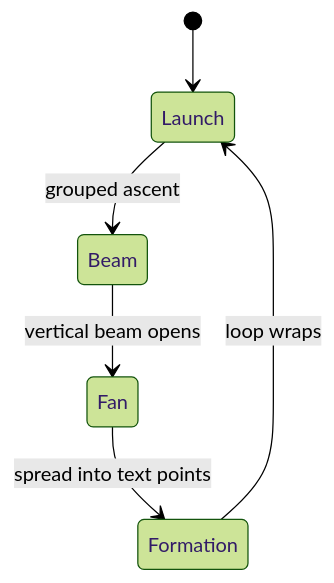
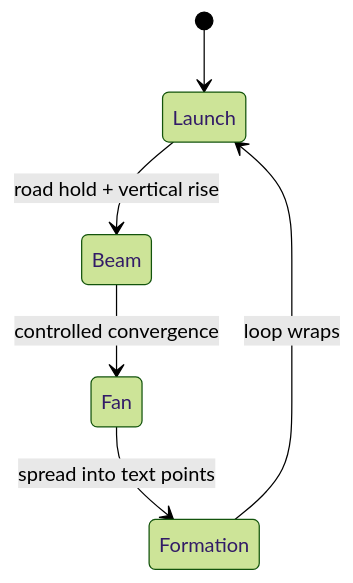
Before and after one commit to matthiasn/lotti: the third of 4 diagrams in lib/features/scenery/README.md, drawn with Mermaid (forest theme). The commit also changed other lines of this file and 2 other files, not shown here.

````diff
--- a/lib/features/scenery/README.md
+++ b/lib/features/scenery/README.md
@@ -143,8 +144,8 @@
 ```mermaid
 stateDiagram-v2
   [*] --> Launch
-  Launch --> Beam: grouped ascent
-  Beam --> Fan: vertical beam opens
+  Launch --> Beam: road hold + vertical rise
+  Beam --> Fan: controlled convergence
   Fan --> Formation: spread into text points
   Formation --> Launch: loop wraps
 ```
````
